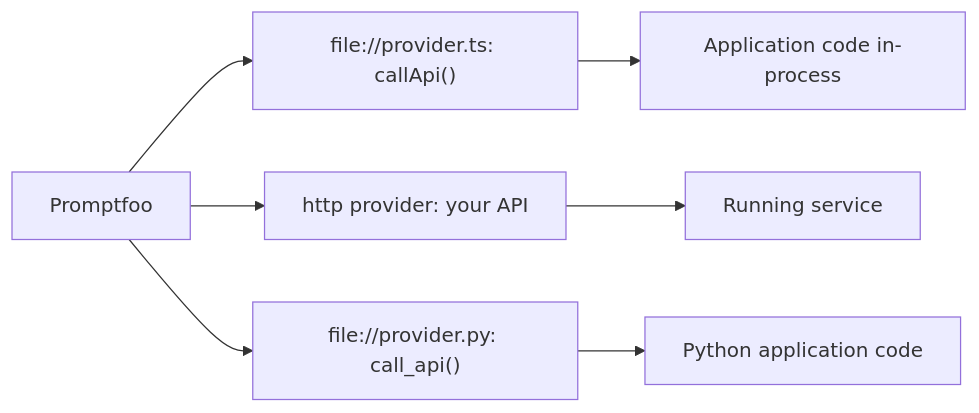
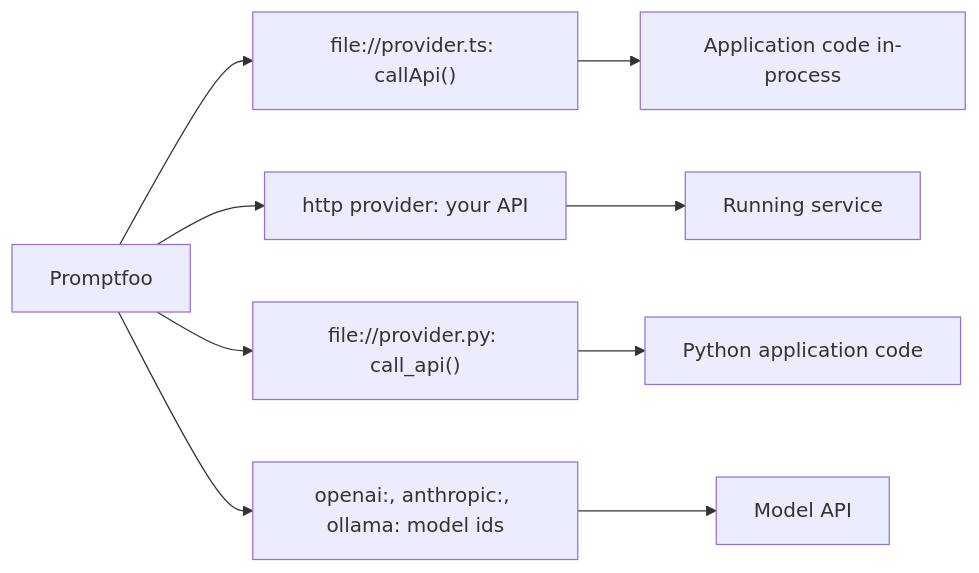
One commit to TheLearningHubOrg/learn-promptfoo changed diagram 20 of 37 in README.md. Above: the diagram before and after it, drawn with Mermaid. The commit also changed other lines of this file and 18 other files, not shown here.

````diff
--- a/README.md
+++ b/README.md
@@ -1568,9 +1870,11 @@
 ```mermaid
 flowchart LR
     PF["Promptfoo"] --> FP["file://provider.ts: callApi()"]
     PF --> HP["http provider: your API"]
     PF --> PY["file://provider.py: call_api()"]
+    PF --> HOSTED["openai:, anthropic:, ollama: model ids"]
     FP --> APP["Application code in-process"]
     HP --> SVC["Running service"]
     PY --> PYAPP["Python application code"]
+    HOSTED --> MODEL["Model API"]
 ```
````
